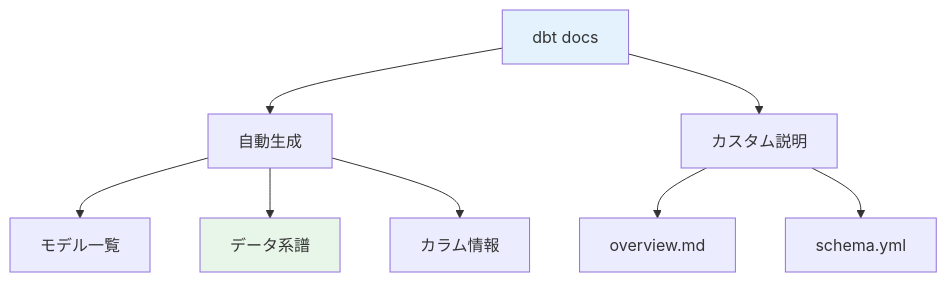
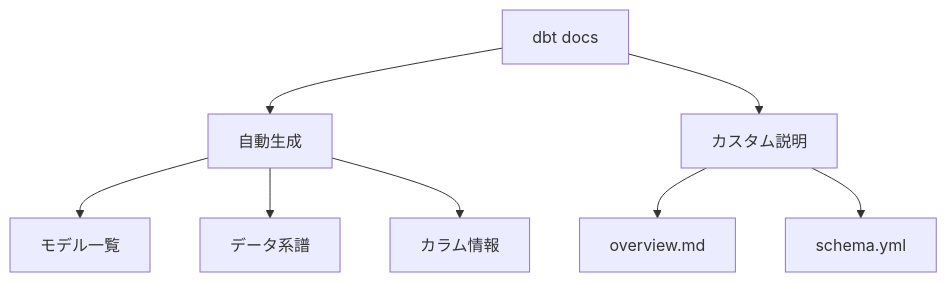
Before and after one commit to 1210yuichi0/1210yuichi0.github.io: the ninth of 11 diagrams in content/Tech/dbt/categories/other-config.md, drawn with Mermaid. The commit also changed other lines of this file and 22 other files, not shown here.

First line of the commit message:
style: remove Mermaid style directives for dark mode compatibility

````diff
--- a/content/Tech/dbt/categories/other-config.md
+++ b/content/Tech/dbt/categories/other-config.md
@@ -1494,15 +1466,13 @@
 ```mermaid
 graph TB
     A[dbt docs] --> B[自動生成]
     A --> C[カスタム説明]
 
     B --> D[モデル一覧]
     B --> E[データ系譜]
     B --> F[カラム情報]
 
     C --> G[overview.md]
     C --> H[schema.yml]
 
-    style A fill:#e3f2fd
-    style E fill:#e8f5e9
 ```
````
